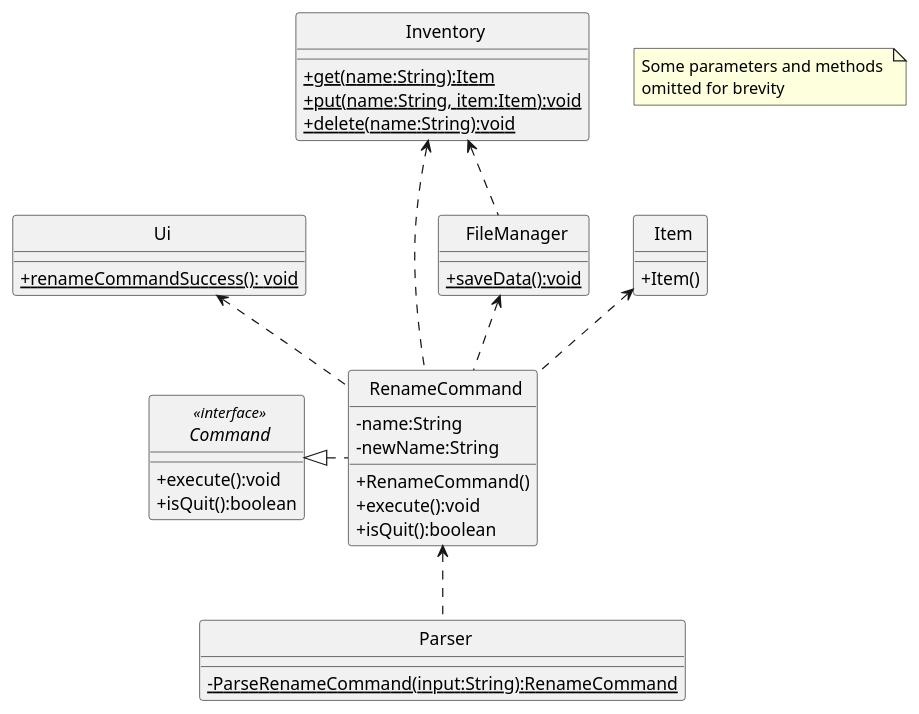
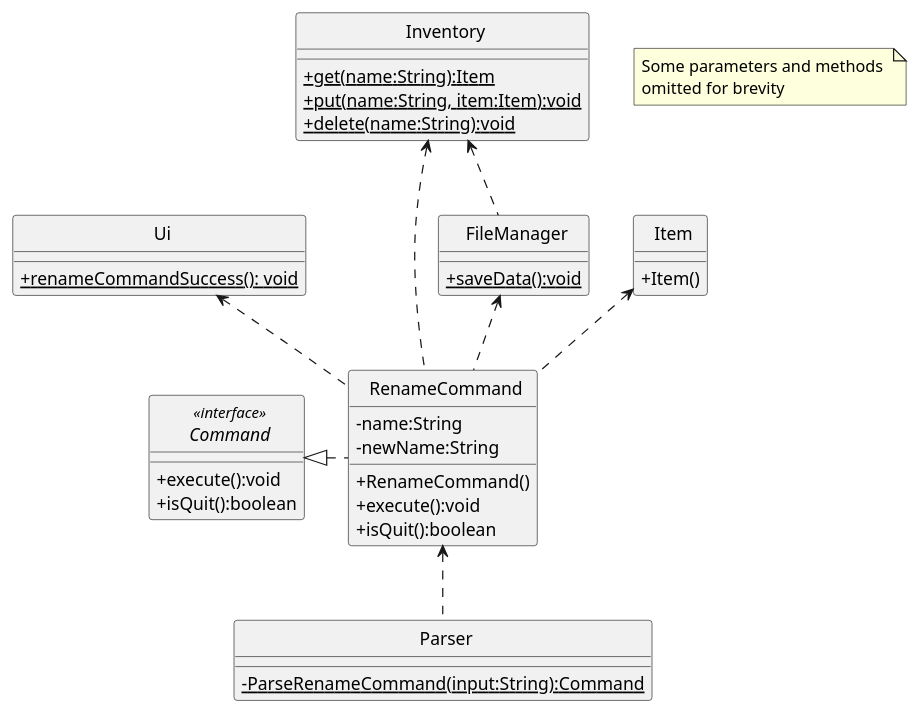
One commit to rismm/tp changed the first of 2 diagrams in docs/uml-diagrams/RenameCommand.puml. Above: the diagram before and after it, drawn with PlantUML. The commit also changed 31 other files, not shown here.

Commit message:
Add Revenue and Profit UML, Edit return type in other Command UMLs

```diff
--- a/docs/uml-diagrams/RenameCommand.puml
+++ b/docs/uml-diagrams/RenameCommand.puml
@@ -1,60 +1,60 @@
 @startuml
 'https://plantuml.com/class-diagram
 skinparam classAttributeIconSize 0
 skinparam CircledCharacterFontSize 0
 skinparam CircledCharacterRadius 0
 
 interface Command
 class Ui
 class Inventory
 class Item
 class RenameCommand
 class Parser
 class FileManager
 
 RenameCommand <.. Parser
 Command <|. RenameCommand
 Ui <.. RenameCommand
 Inventory <.. RenameCommand
 Item <.. RenameCommand
 FileManager <.. RenameCommand
 Inventory <.. FileManager
 
 interface Command <<interface>> {
     +execute():void
     +isQuit():boolean
 }
 
 class RenameCommand {
     -name:String
     -newName:String
     +RenameCommand()
     +execute():void
     +isQuit():boolean
 }
 
 class Item {
     +Item()
 }
 
 class Ui {
     {static}+renameCommandSuccess(): void
 }
 
 class Parser {
-    {static}-ParseRenameCommand(input:String):RenameCommand
+    {static}-ParseRenameCommand(input:String):Command
 }
 
 class Inventory {
     {static}+get(name:String):Item
     {static}+put(name:String, item:Item):void
     {static}+delete(name:String):void
 }
 
 class FileManager {
     {static}+saveData():void
 }
 
 note "Some parameters and methods \nomitted for brevity" as n1
 
 @enduml
```
